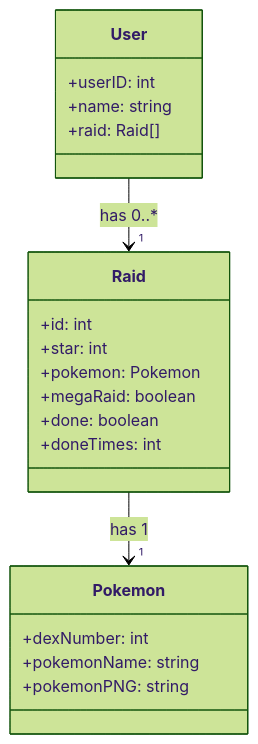
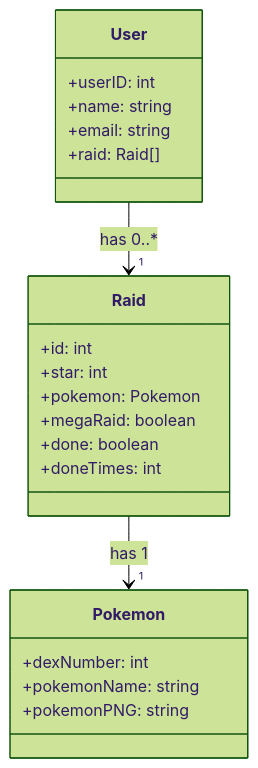
The diagram in README.md (KleitonMQ/RaidOrganizer), drawn with Mermaid (forest theme) before and after one commit. The commit also changed 3 other files, not shown here.

````diff
--- a/README.md
+++ b/README.md
@@ -3,26 +3,27 @@
 ```mermaid
 classDiagram
   class User {
     +userID: int
     +name: string
+    +email: string
     +raid: Raid[]
   }
 
   class Raid {
     +id: int
     +star: int
     +pokemon: Pokemon
     +megaRaid: boolean
     +done: boolean
     +doneTimes: int
   }
 
   class Pokemon {
     +dexNumber: int
     +pokemonName: string
     +pokemonPNG: string
   }
 
   User --> "1" Raid : has 0..*
   Raid --> "1" Pokemon : has 1
   ```
````
